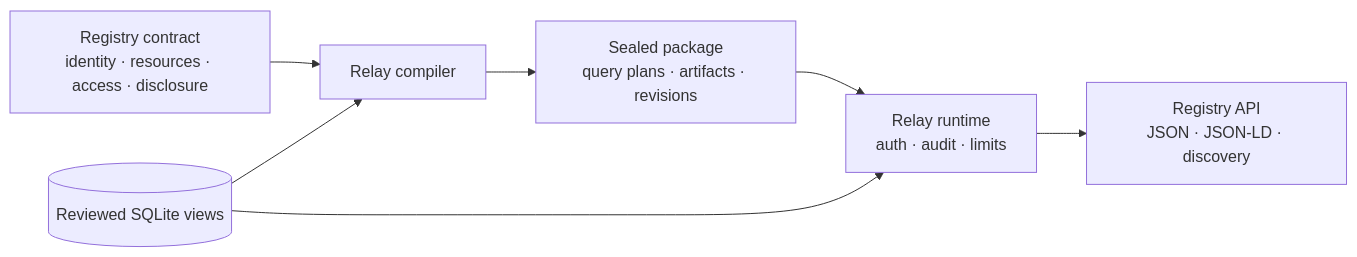
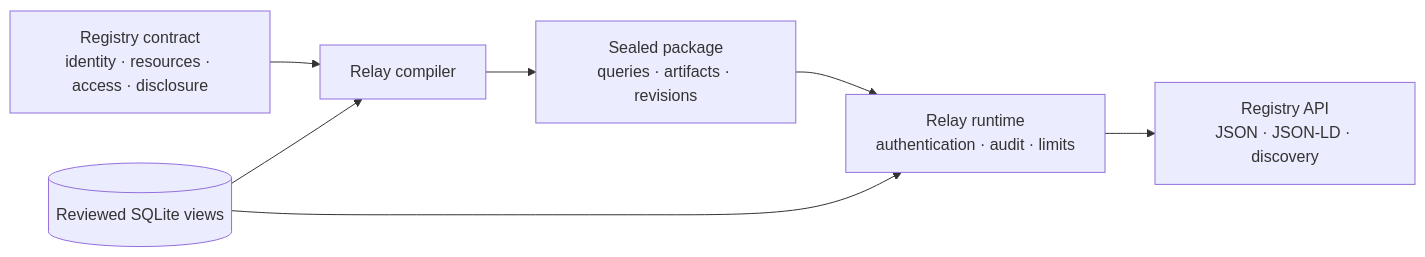
One commit to registrystack/registry-stack changed the diagram in docs/site/src/content/docs/explanation/governed-registry-publication.mdx. Above: the diagram before and after it, drawn with Mermaid. The commit also changed other lines of this file and 6 other files, not shown here.

````diff
--- a/docs/site/src/content/docs/explanation/governed-registry-publication.mdx
+++ b/docs/site/src/content/docs/explanation/governed-registry-publication.mdx
@@ -54,16 +49,16 @@
 ```mermaid
 flowchart LR
     contract["Registry contract<br/>identity · resources · access · disclosure"]
     sqlite[("Reviewed SQLite views")]
     compiler["Relay compiler"]
-    package["Sealed package<br/>query plans · artifacts · revisions"]
-    runtime["Relay runtime<br/>auth · audit · limits"]
+    package["Sealed package<br/>queries · artifacts · revisions"]
+    runtime["Relay runtime<br/>authentication · audit · limits"]
     api["Registry API<br/>JSON · JSON-LD · discovery"]
 
     contract --> compiler
     sqlite --> compiler
     compiler --> package
     package --> runtime
     sqlite --> runtime
     runtime --> api
 ```
````
